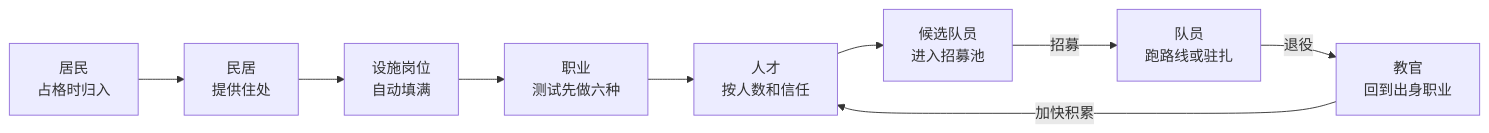
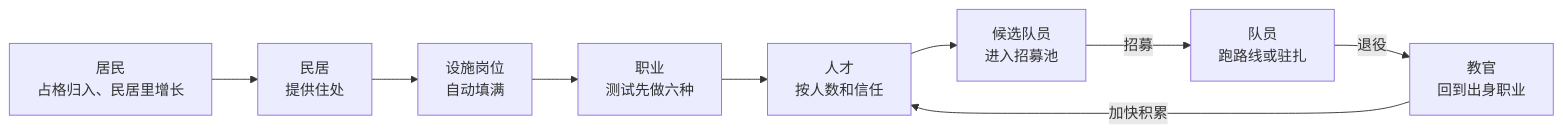
Before and after one commit to 610607/idle-prototype: the first of 2 diagrams in docs/design-v1.md, drawn with Mermaid. The commit also changed other lines of this file and 10 other files, not shown here.

````diff
--- a/docs/design-v1.md
+++ b/docs/design-v1.md
@@ -67,7 +67,7 @@
 ```mermaid
 flowchart LR
-  A["居民<br/>占格时归入"] --> B["民居<br/>提供住处"] --> C["设施岗位<br/>自动填满"] --> D["职业<br/>测试先做六种"] --> E["人才<br/>按人数和信任"] --> F["候选队员<br/>进入招募池"]
+  A["居民<br/>占格归入、民居里增长"] --> B["民居<br/>提供住处"] --> C["设施岗位<br/>自动填满"] --> D["职业<br/>测试先做六种"] --> E["人才<br/>按人数和信任"] --> F["候选队员<br/>进入招募池"]
   F -- 招募 --> G["队员<br/>跑路线或驻扎"]
   G -- 退役 --> H["教官<br/>回到出身职业"]
   H -- 加快积累 --> E
 ```
````
